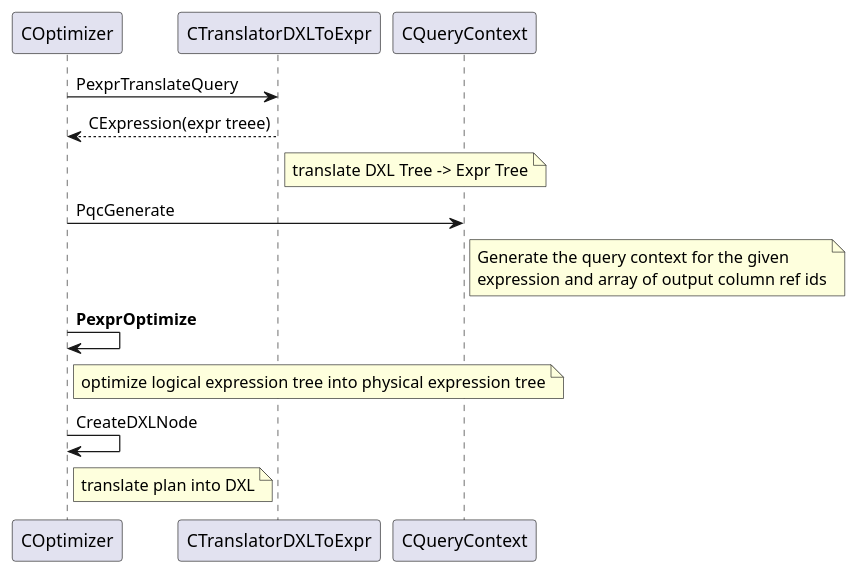
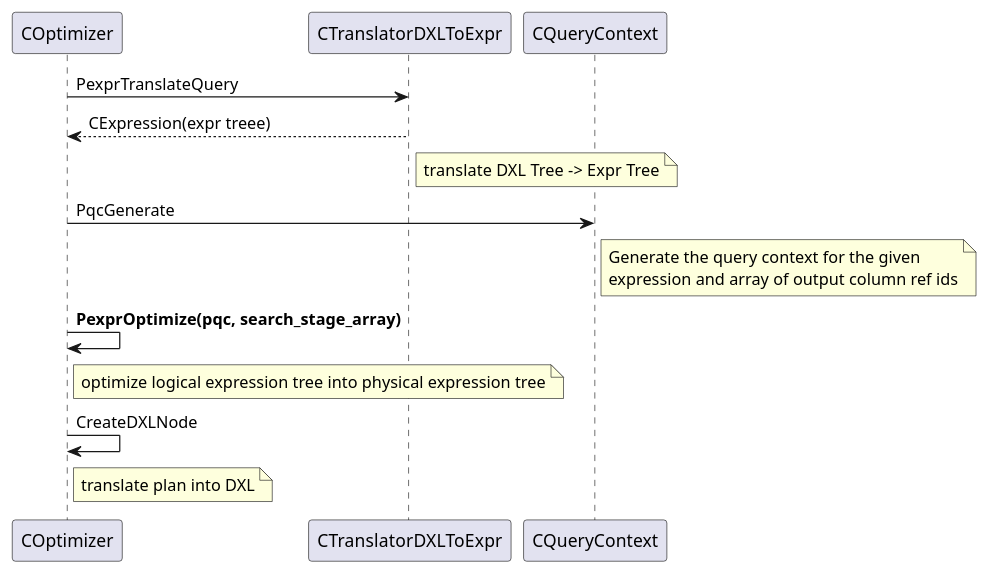
Before and after one commit to DepInjoy/geektime: the first of 6 diagrams in doc/DB/ORCA/MainProcessFlow.md, drawn with PlantUML. The commit also changed other lines of this file and 3 other files, not shown here.

````diff
--- a/doc/DB/ORCA/MainProcessFlow.md
+++ b/doc/DB/ORCA/MainProcessFlow.md
@@ -46,14 +45,16 @@
 ```plantuml
 @startuml
 COptimizer -> CTranslatorDXLToExpr:PexprTranslateQuery
 CTranslatorDXLToExpr --> COptimizer : CExpression(expr treee)
 note right of CTranslatorDXLToExpr : translate DXL Tree -> Expr Tree
+
 COptimizer -> CQueryContext:PqcGenerate
 note right of CQueryContext : Generate the query context for the given \nexpression and array of output column ref ids
-COptimizer -> COptimizer:**PexprOptimize**
+
+COptimizer -> COptimizer:**PexprOptimize(pqc, search_stage_array)**
 note right of COptimizer : optimize logical expression tree into physical expression tree
 
 COptimizer -> COptimizer: CreateDXLNode
 note right of COptimizer : translate plan into DXL
 @enduml
 ```
````
